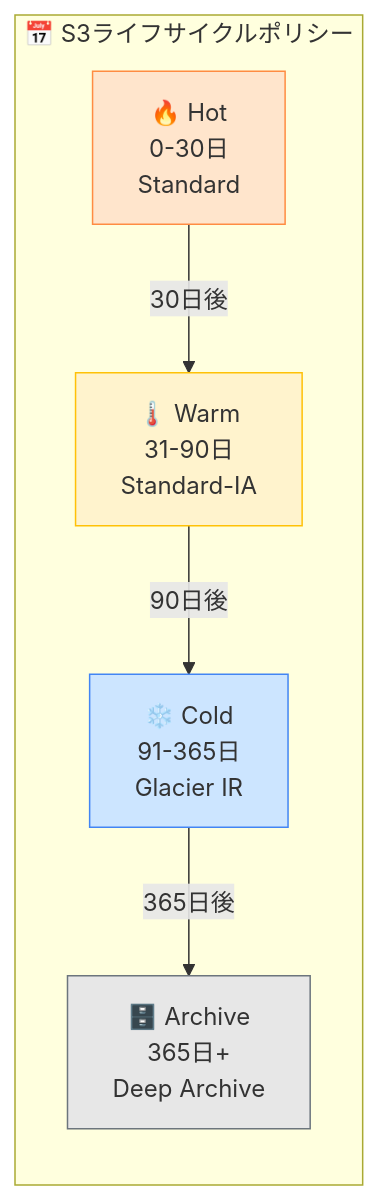
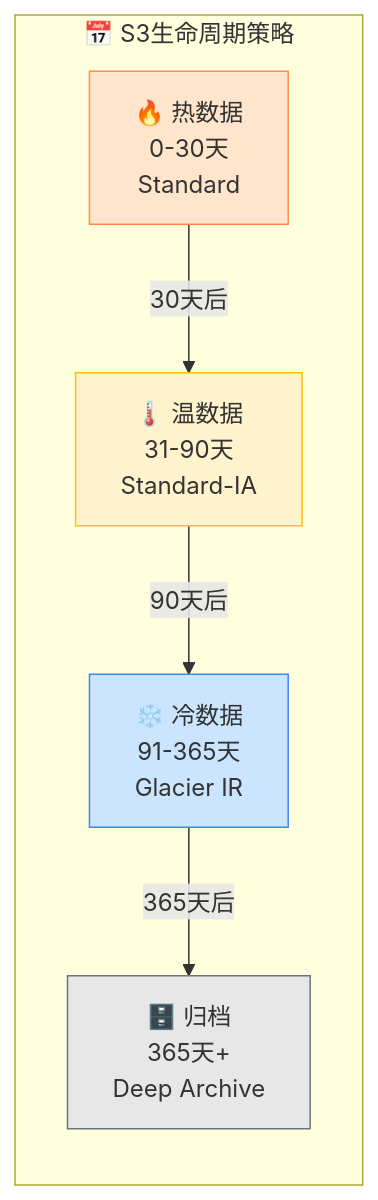
Before and after one commit to yincma/AWS-Handson-Datalake: the second of 2 diagrams in README.md, drawn with Mermaid. The commit also changed other lines of this file and 2 other files, not shown here.

````diff
--- a/README.md
+++ b/README.md
@@ -165,18 +166,18 @@
 ```mermaid
 graph LR
-    subgraph lifecycle["📅 S3ライフサイクルポリシー"]
-        HOT["🔥 Hot<br/>0-30日<br/>Standard"]
-        WARM["🌡️ Warm<br/>31-90日<br/>Standard-IA"]
-        COLD["❄️ Cold<br/>91-365日<br/>Glacier IR"]
-        ARCHIVE["🗄️ Archive<br/>365日+<br/>Deep Archive"]
+    subgraph lifecycle["📅 S3生命周期策略"]
+        HOT["🔥 热数据<br/>0-30天<br/>Standard"]
+        WARM["🌡️ 温数据<br/>31-90天<br/>Standard-IA"]
+        COLD["❄️ 冷数据<br/>91-365天<br/>Glacier IR"]
+        ARCHIVE["🗄️ 归档<br/>365天+<br/>Deep Archive"]
         
-        HOT -->|30日後| WARM
-        WARM -->|90日後| COLD
-        COLD -->|365日後| ARCHIVE
+        HOT -->|30天后| WARM
+        WARM -->|90天后| COLD
+        COLD -->|365天后| ARCHIVE
     end
     
     style HOT fill:#FFE5CC,stroke:#FF8C42
     style WARM fill:#FFF3CD,stroke:#FFC107
     style COLD fill:#CCE5FF,stroke:#4285F4
     style ARCHIVE fill:#E7E7E7,stroke:#6C757D
 ```
````
